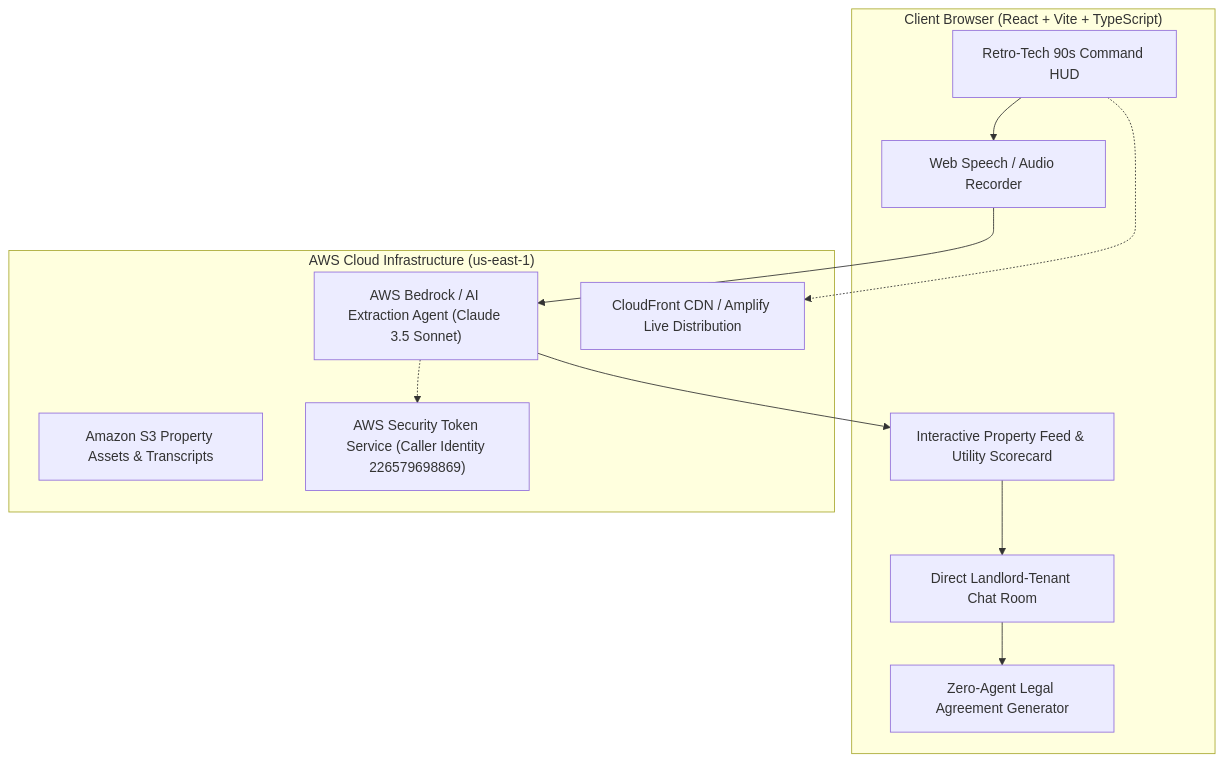
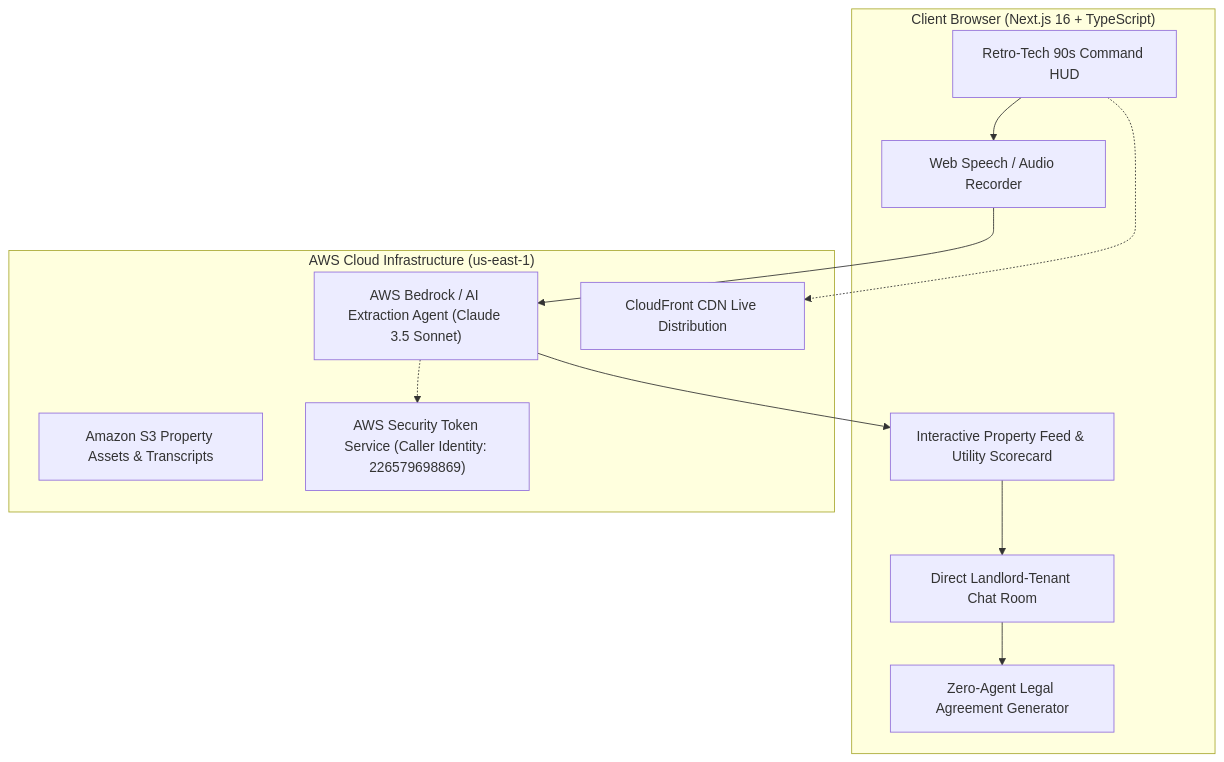
The first of 2 diagrams in docs/SPEC.md (emarc99/LumensLease), drawn with Mermaid before and after one commit. The commit also changed other lines of this file, not shown here.

Commit message:
docs: quote mermaid node labels to fix github rich display render error

````diff
--- a/docs/SPEC.md
+++ b/docs/SPEC.md
@@ -9,25 +9,25 @@
 ```mermaid
 graph TD
-    subgraph Client ["Client Browser (React + Vite + TypeScript)"]
-        UI[Retro-Tech 90s Command HUD]
-        VRecorder[Web Speech / Audio Recorder]
-        PFeed[Interactive Property Feed & Utility Scorecard]
-        ChatEngine[Direct Landlord-Tenant Chat Room]
-        AgrGen[Zero-Agent Legal Agreement Generator]
+    subgraph Client ["Client Browser (Next.js 16 + TypeScript)"]
+        UI["Retro-Tech 90s Command HUD"]
+        VRecorder["Web Speech / Audio Recorder"]
+        PFeed["Interactive Property Feed & Utility Scorecard"]
+        ChatEngine["Direct Landlord-Tenant Chat Room"]
+        AgrGen["Zero-Agent Legal Agreement Generator"]
     end
 
     subgraph AWS ["AWS Cloud Infrastructure (us-east-1)"]
         Bedrock["AWS Bedrock / AI Extraction Agent (Claude 3.5 Sonnet)"]
         S3Bucket["Amazon S3 Property Assets & Transcripts"]
-        CloudFront["CloudFront CDN / Amplify Live Distribution"]
-        STS["AWS Security Token Service (Caller Identity 226579698869)"]
+        CloudFront["CloudFront CDN Live Distribution"]
+        STS["AWS Security Token Service (Caller Identity: 226579698869)"]
     end
 
     UI --> VRecorder
     VRecorder --> Bedrock
     Bedrock --> PFeed
     PFeed --> ChatEngine
     ChatEngine --> AgrGen
     UI -.-> CloudFront
     Bedrock -.-> STS
 ```
````
